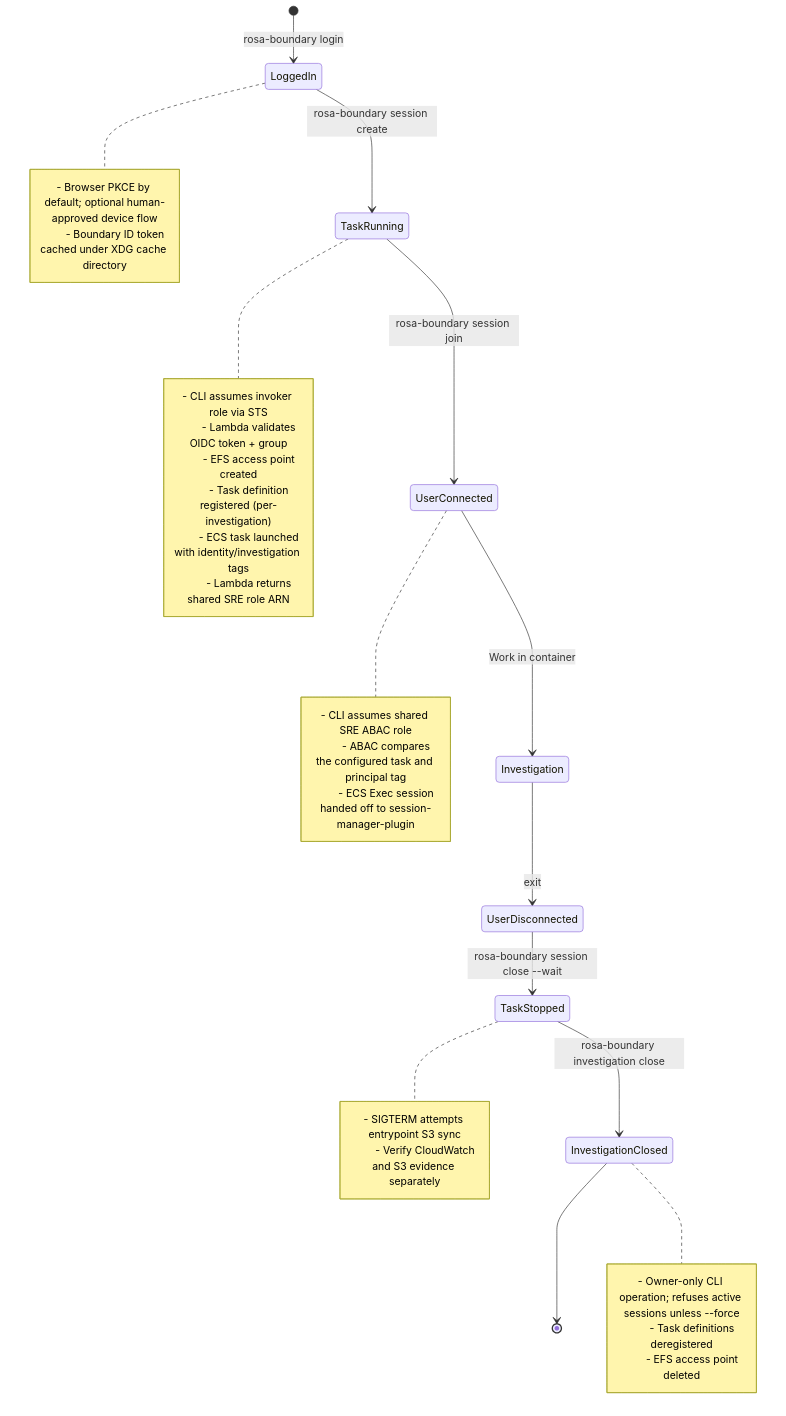
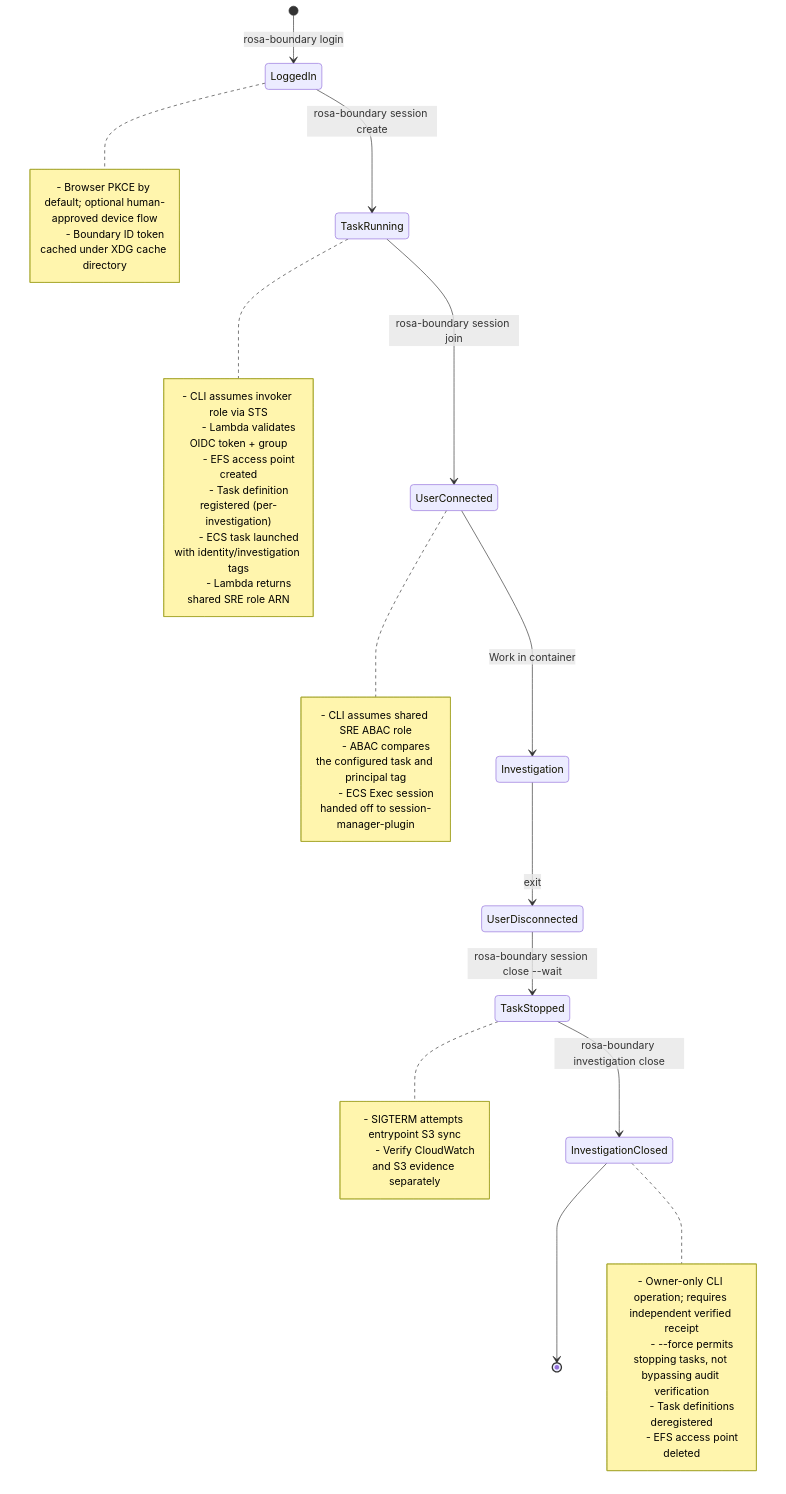
One commit to openshift-online/rosa-boundary changed the diagram in docs/runbooks/investigation-workflow.md. Above: the diagram before and after it, drawn with Mermaid. The commit also changed other lines of this file and 13 other files, not shown here.

````diff
--- a/docs/runbooks/investigation-workflow.md
+++ b/docs/runbooks/investigation-workflow.md
@@ -15,42 +15,43 @@
 ```mermaid
 stateDiagram-v2
     [*] --> LoggedIn: rosa-boundary login
     LoggedIn --> TaskRunning: rosa-boundary session create
     TaskRunning --> UserConnected: rosa-boundary session join
     UserConnected --> Investigation: Work in container
     Investigation --> UserDisconnected: exit
     UserDisconnected --> TaskStopped: rosa-boundary session close --wait
     TaskStopped --> InvestigationClosed: rosa-boundary investigation close
     InvestigationClosed --> [*]
 
     note right of LoggedIn
         - Browser PKCE by default; optional human-approved device flow
         - Boundary ID token cached under XDG cache directory
     end note
 
     note right of TaskRunning
         - CLI assumes invoker role via STS
         - Lambda validates OIDC token + group
         - EFS access point created
         - Task definition registered (per-investigation)
         - ECS task launched with identity/investigation tags
         - Lambda returns shared SRE role ARN
     end note
 
     note right of UserConnected
         - CLI assumes shared SRE ABAC role
         - ABAC compares the configured task and principal tag
         - ECS Exec session handed off to session-manager-plugin
     end note
 
     note right of TaskStopped
         - SIGTERM attempts entrypoint S3 sync
         - Verify CloudWatch and S3 evidence separately
     end note
 
     note right of InvestigationClosed
-        - Owner-only CLI operation; refuses active sessions unless --force
+        - Owner-only CLI operation; requires independent verified receipt
+        - --force permits stopping tasks, not bypassing audit verification
         - Task definitions deregistered
         - EFS access point deleted
     end note
 ```
````
